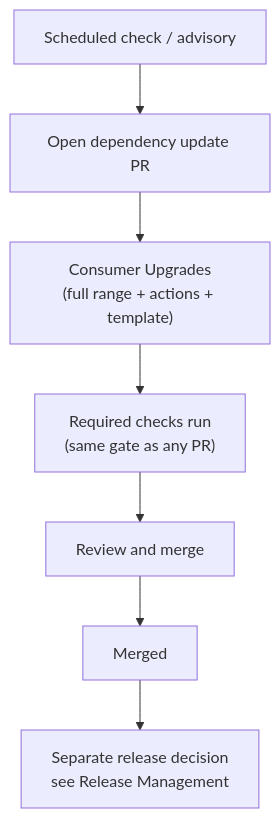
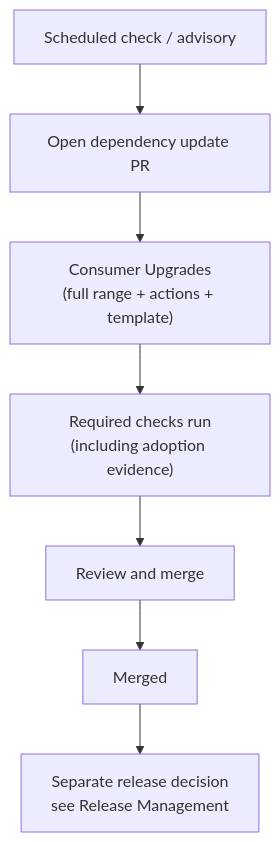
One commit to MSXOrg/docs changed the diagram in src/docs/Capabilities/dependency-updates/design.md. Above: the diagram before and after it, drawn with Mermaid. The commit also changed other lines of this file and 1 other file, not shown here.

Commit message:
Bind automated update eligibility to verified adoption evidence

````diff
--- a/src/docs/Capabilities/dependency-updates/design.md
+++ b/src/docs/Capabilities/dependency-updates/design.md
@@ -77,9 +77,9 @@
 ```mermaid
 flowchart TD
   check["Scheduled check / advisory"] --> pr["Open dependency update PR"]
   pr --> adoption["Consumer Upgrades<br/>(full range + actions + template)"]
-  adoption --> ci["Required checks run<br/>(same gate as any PR)"]
+  adoption --> ci["Required checks run<br/>(including adoption evidence)"]
   ci --> review["Review and merge"]
   review --> merged["Merged"]
   merged --> release["Separate release decision<br/>see Release Management"]
 ```
````
